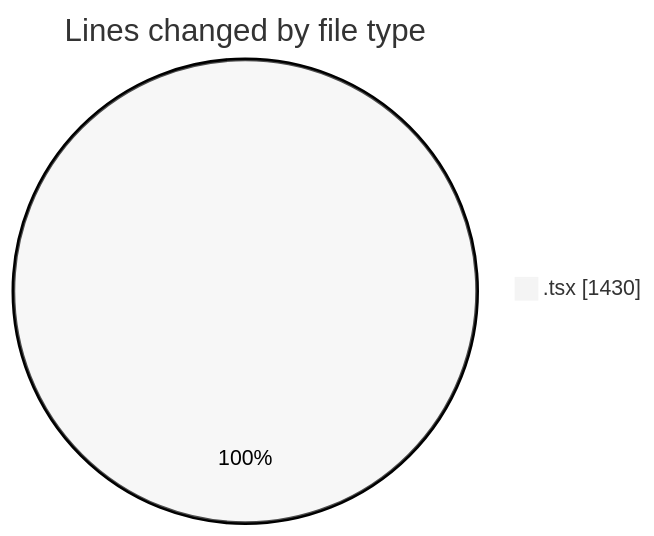
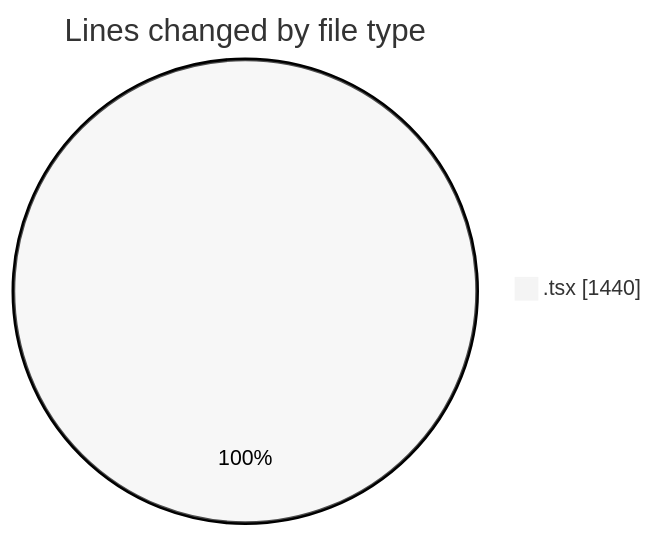
The first of 2 diagrams in 2025-03-20/cda/README.md (momahboobian/code-tracking), drawn with Mermaid (neutral theme) before and after one commit. The commit also changed other lines of this file and 1 other file, not shown here.

````diff
--- a/2025-03-20/cda/README.md
+++ b/2025-03-20/cda/README.md
@@ -22,5 +22,5 @@
 ```mermaid
 pie showData
 title Lines changed by file type
-".tsx" : 1430
+".tsx" : 1440
 ```
````
